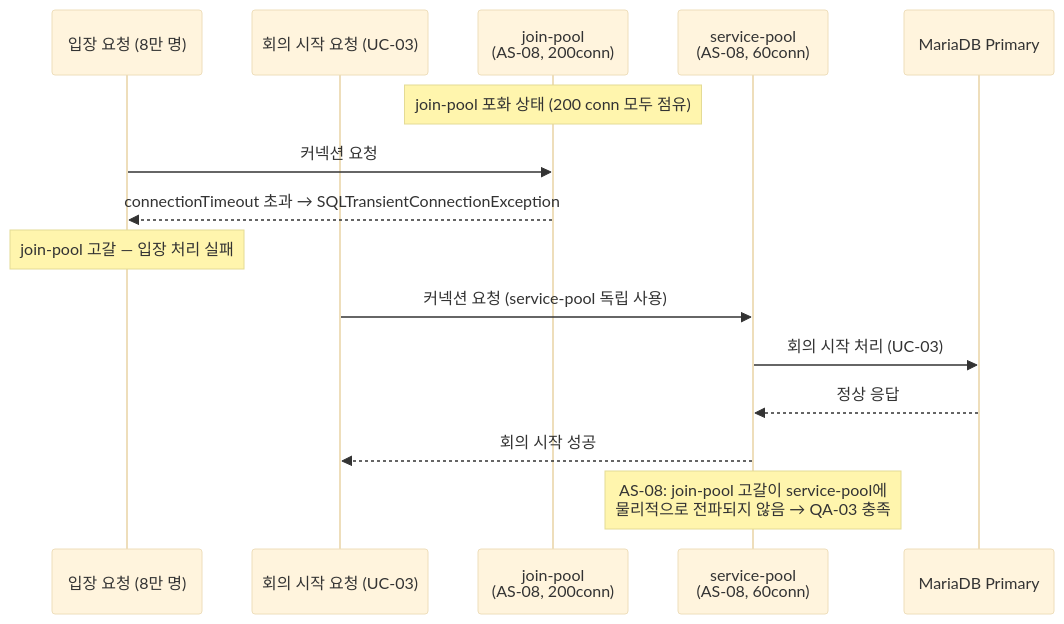
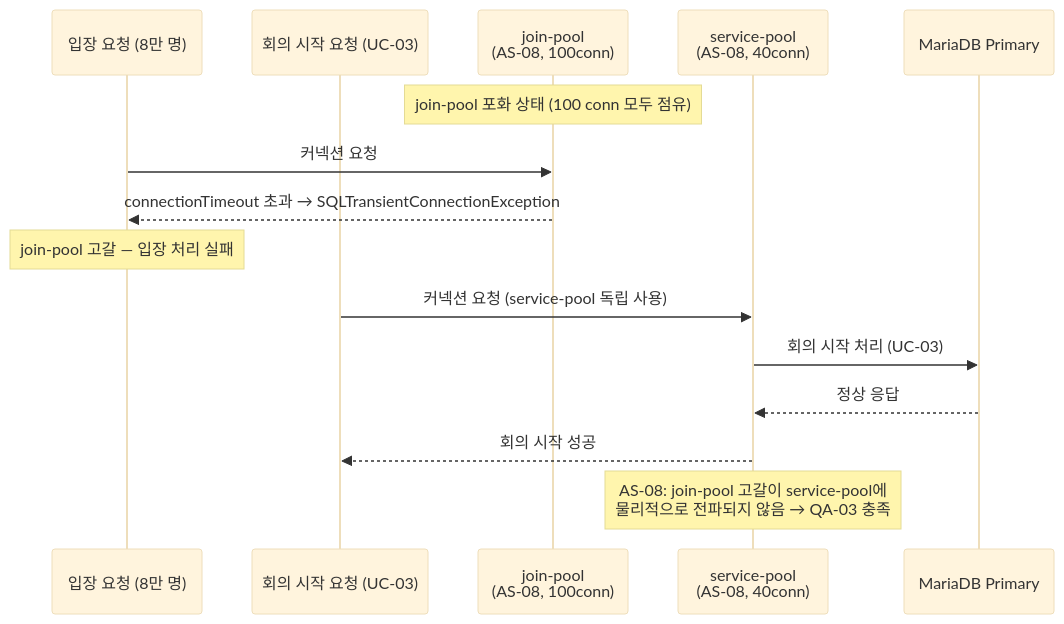
One commit to sujinnkim/A_Personal changed the fourth of 7 diagrams in report/4/4.2-실행뷰.md. Above: the diagram before and after it, drawn with Mermaid (base theme). The commit also changed other lines of this file and 5 other files, not shown here.

````diff
--- a/report/4/4.2-실행뷰.md
+++ b/report/4/4.2-실행뷰.md
@@ -159,21 +159,21 @@
 ```mermaid
 sequenceDiagram
     participant C_J as 입장 요청 (8만 명)
     participant C_S as 회의 시작 요청 (UC-03)
-    participant JP as join-pool<br/>(AS-08, 200conn)
-    participant SP as service-pool<br/>(AS-08, 60conn)
+    participant JP as join-pool<br/>(AS-08, 100conn)
+    participant SP as service-pool<br/>(AS-08, 40conn)
     participant DB as MariaDB Primary
 
-    Note over JP: join-pool 포화 상태 (200 conn 모두 점유)
+    Note over JP: join-pool 포화 상태 (100 conn 모두 점유)
 
     C_J->>JP: 커넥션 요청
     JP-->>C_J: connectionTimeout 초과 → SQLTransientConnectionException
     Note over C_J: join-pool 고갈 — 입장 처리 실패
 
     C_S->>SP: 커넥션 요청 (service-pool 독립 사용)
     SP->>DB: 회의 시작 처리 (UC-03)
     DB-->>SP: 정상 응답
     SP-->>C_S: 회의 시작 성공
 
     Note over SP: AS-08: join-pool 고갈이 service-pool에<br/>물리적으로 전파되지 않음 → QA-03 충족
 ```
````
